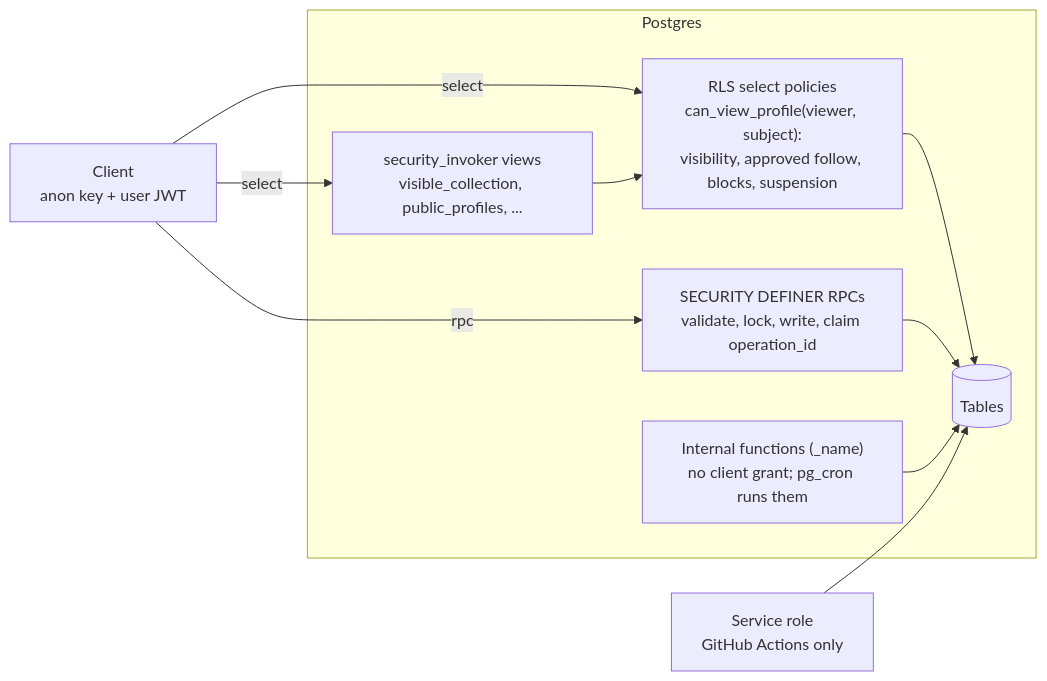
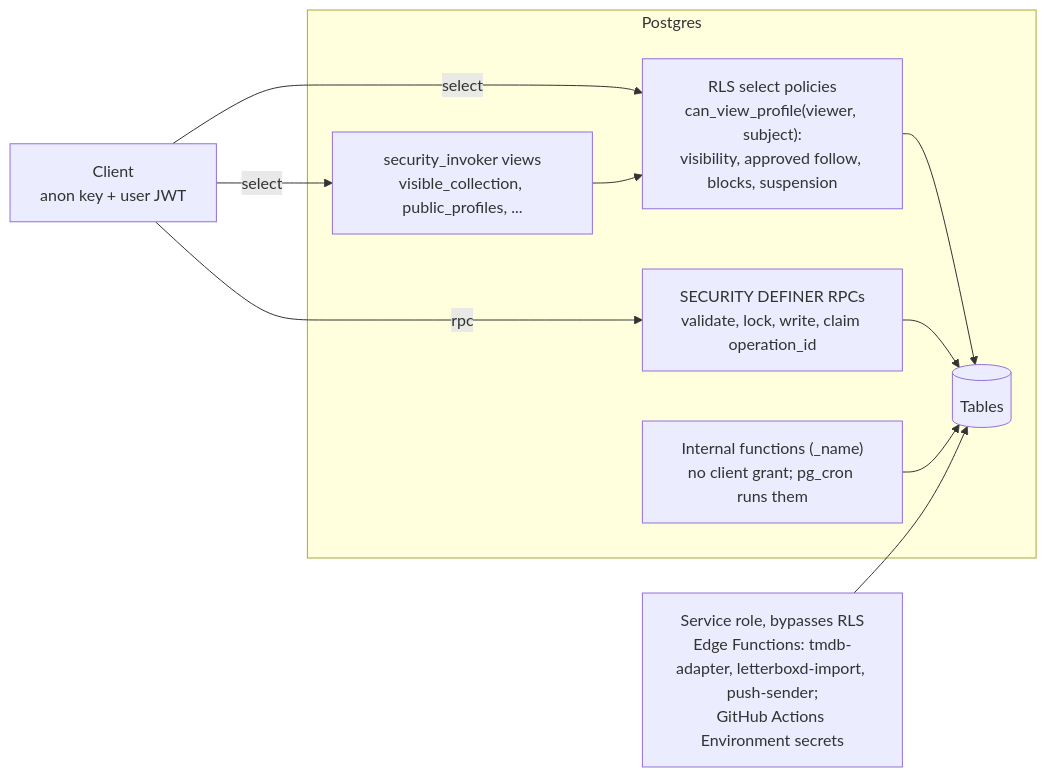
One commit to fourwardhabits/bingd changed the fifth of 10 diagrams in docs/architecture/diagrams.md. Above: the diagram before and after it, drawn with Mermaid. The commit also changed other lines of this file and 1 other file, not shown here.

First line of the commit message:
docs: stored score snapshots and the Edge Functions' service role, per Codex

````diff
--- a/docs/architecture/diagrams.md
+++ b/docs/architecture/diagrams.md
@@ -255,17 +260,17 @@
 ```mermaid
 flowchart LR
   client["Client<br/>anon key + user JWT"]
   subgraph pgb["Postgres"]
     policies["RLS select policies<br/>can_view_profile(viewer, subject):<br/>visibility, approved follow, blocks, suspension"]
     views["security_invoker views<br/>visible_collection, public_profiles, ..."]
     rpcs["SECURITY DEFINER RPCs<br/>validate, lock, write, claim operation_id"]
     internal["Internal functions (_name)<br/>no client grant; pg_cron runs them"]
     tables[("Tables")]
   end
-  service["Service role<br/>GitHub Actions only"]
+  service["Service role, bypasses RLS<br/>Edge Functions: tmdb-adapter, letterboxd-import, push-sender;<br/>GitHub Actions Environment secrets"]
   client -->|"select"| policies --> tables
   client -->|"select"| views --> policies
   client -->|"rpc"| rpcs --> tables
   internal --> tables
   service --> tables
 ```
````
